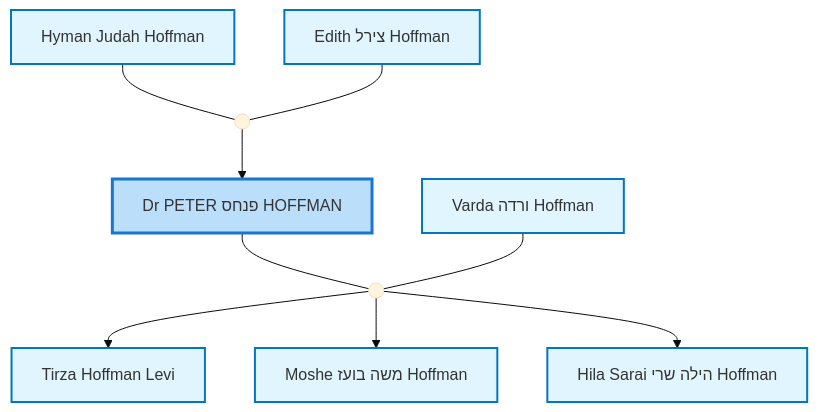
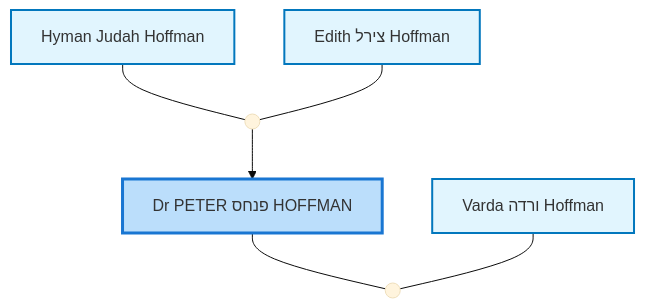
One commit to moshehoff/FamilyHistory changed the first of 3 diagrams in site/content/profiles/Dr PETER פנחס HOFFMAN.md. Above: the diagram before and after it, drawn with Mermaid (base theme). The commit also changed other lines of this file and 133 other files, not shown here.

Commit message:
Update Moshe Hoffman ID: I10 -> I11052340 and rename I38516664 biography

````diff
--- a/site/content/profiles/Dr PETER פנחס HOFFMAN.md
+++ b/site/content/profiles/Dr PETER פנחס HOFFMAN.md
@@ -22,37 +22,25 @@
 ```mermaid
 flowchart TD
 classDef person fill:#e1f5fe,stroke:#0277bd,stroke-width:2px;
 classDef internal-link fill:#e1f5fe,stroke:#0277bd,stroke-width:2px;
 classDef current fill:#bbdefb,stroke:#1976d2,stroke-width:3px;
-idI1["Dr PETER פנחס HOFFMAN"]
-class idI1 current
-click idI1 "../profiles/Dr-PETER-%D7%A4%D7%A0%D7%97%D7%A1-HOFFMAN" "Dr PETER פנחס HOFFMAN"
-idI2["Hyman Judah Hoffman"]
-class idI2 internal-link
-click idI2 "../profiles/Hyman-Judah-Hoffman" "Hyman Judah Hoffman"
-idI3["Edith צירל Hoffman"]
-class idI3 internal-link
-click idI3 "../profiles/Edith-%D7%A6%D7%99%D7%A8%D7%9C-Hoffman" "Edith צירל Hoffman"
-marriage_idF2((" "))
-idI2 --- marriage_idF2
-idI3 --- marriage_idF2
-marriage_idF2 --> idI1
-idI9["Varda ורדה Hoffman"]
-class idI9 internal-link
-click idI9 "../profiles/Varda-%D7%95%D7%A8%D7%93%D7%94-Hoffman" "Varda ורדה Hoffman"
-marriage_idF1((" "))
-idI1 --- marriage_idF1
-idI9 --- marriage_idF1
-idI4["Tirza Hoffman Levi"]
-class idI4 internal-link
-click idI4 "../profiles/Tirza-Hoffman-Levi" "Tirza Hoffman Levi"
-marriage_idF1 --> idI4
-idI5["Moshe משה בועז Hoffman"]
-class idI5 internal-link
-click idI5 "../profiles/Moshe-%D7%9E%D7%A9%D7%94-%D7%91%D7%95%D7%A2%D7%96-Hoffman" "Moshe משה בועז Hoffman"
-marriage_idF1 --> idI5
-idI6["Hila Sarai הילה שרי Hoffman"]
-class idI6 internal-link
-click idI6 "../profiles/Hila-Sarai-%D7%94%D7%99%D7%9C%D7%94-%D7%A9%D7%A8%D7%99-Hoffman" "Hila Sarai הילה שרי Hoffman"
-marriage_idF1 --> idI6
+idI11052359["Dr PETER פנחס HOFFMAN"]
+class idI11052359 current
+click idI11052359 "../profiles/Dr-PETER-%D7%A4%D7%A0%D7%97%D7%A1-HOFFMAN" "Dr PETER פנחס HOFFMAN"
+idI11052350["Hyman Judah Hoffman"]
+class idI11052350 internal-link
+click idI11052350 "../profiles/Hyman-Judah-Hoffman" "Hyman Judah Hoffman"
+idI38516664["Edith צירל Hoffman"]
+class idI38516664 internal-link
+click idI38516664 "../profiles/Edith-%D7%A6%D7%99%D7%A8%D7%9C-Hoffman" "Edith צירל Hoffman"
+marriage_idF13161432((" "))
+idI11052350 --- marriage_idF13161432
+idI38516664 --- marriage_idF13161432
+marriage_idF13161432 --> idI11052359
+idI38517487["Varda ורדה Hoffman"]
+class idI38517487 internal-link
+click idI38517487 "../profiles/Varda-%D7%95%D7%A8%D7%93%D7%94-Hoffman" "Varda ורדה Hoffman"
+marriage_idF13161723((" "))
+idI11052359 --- marriage_idF13161723
+idI38517487 --- marriage_idF13161723
 ```
````
